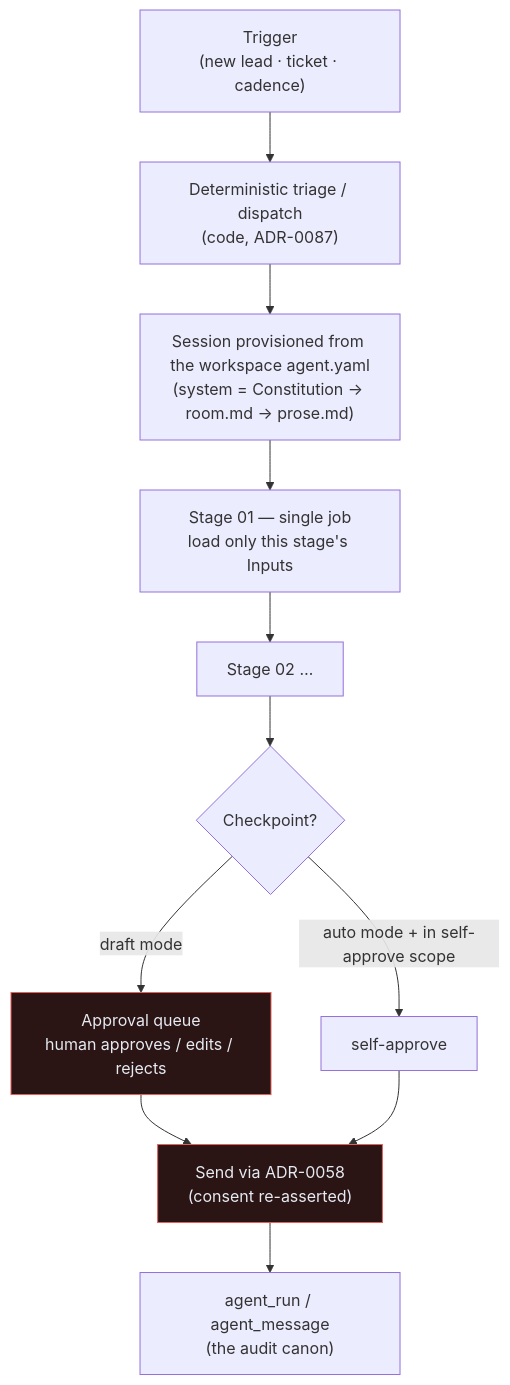
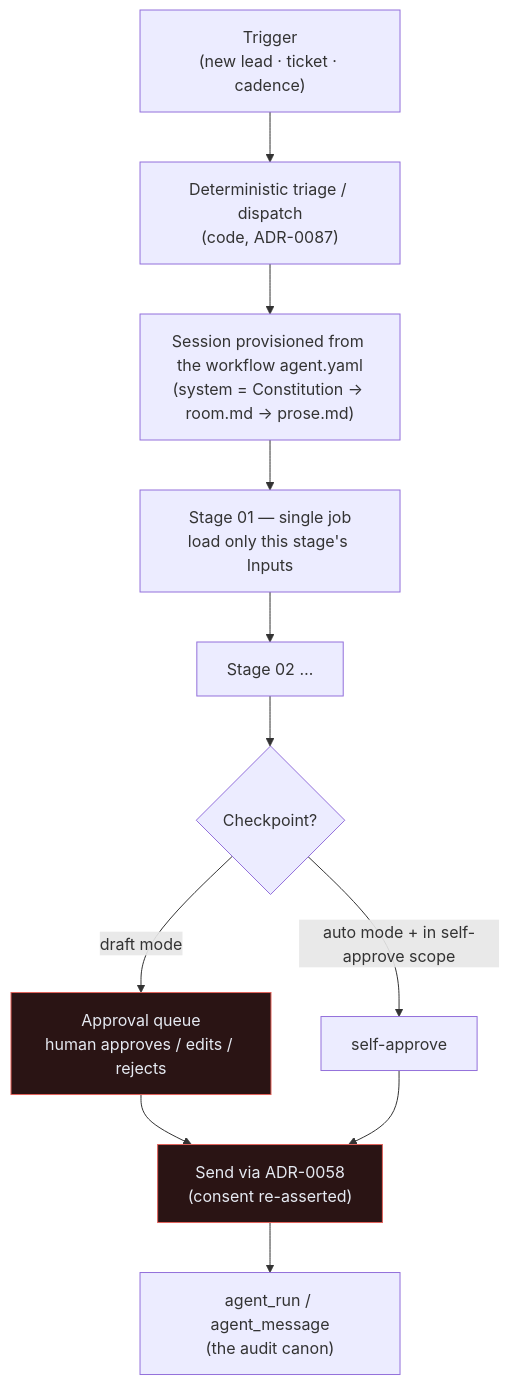
Before and after one commit to markdconnelly/ImperionCRM: the diagram in docs/agents/icm.md, drawn with Mermaid. The commit also changed other lines of this file and 14 other files, not shown here.

Commit message:
docs(icm): rename Layer-2 'workspace'->'workflow'; domain = 'workspace' (#1065)

````diff
--- a/docs/agents/icm.md
+++ b/docs/agents/icm.md
@@ -79,15 +79,15 @@
 ```mermaid
 flowchart TD
     TRG["Trigger<br/>(new lead · ticket · cadence)"] --> TRI["Deterministic triage / dispatch<br/>(code, ADR-0087)"]
-    TRI --> SESS["Session provisioned from the workspace agent.yaml<br/>(system = Constitution → room.md → prose.md)"]
+    TRI --> SESS["Session provisioned from the workflow agent.yaml<br/>(system = Constitution → room.md → prose.md)"]
     SESS --> S1["Stage 01 — single job<br/>load only this stage's Inputs"]
     S1 --> S2["Stage 02 …"]
     S2 --> CP{Checkpoint?}
     CP -- "draft mode" --> HUMAN["Approval queue<br/>human approves / edits / rejects"]
     CP -- "auto mode + in self-approve scope" --> AUTO["self-approve"]
     HUMAN --> SEND["Send via ADR-0058<br/>(consent re-asserted)"]
     AUTO --> SEND
     SEND --> LEDGER["agent_run / agent_message<br/>(the audit canon)"]
     classDef gate fill:#2a1414,stroke:#E2615A,color:#E6EAF2
     class HUMAN,SEND gate
 ```
````
